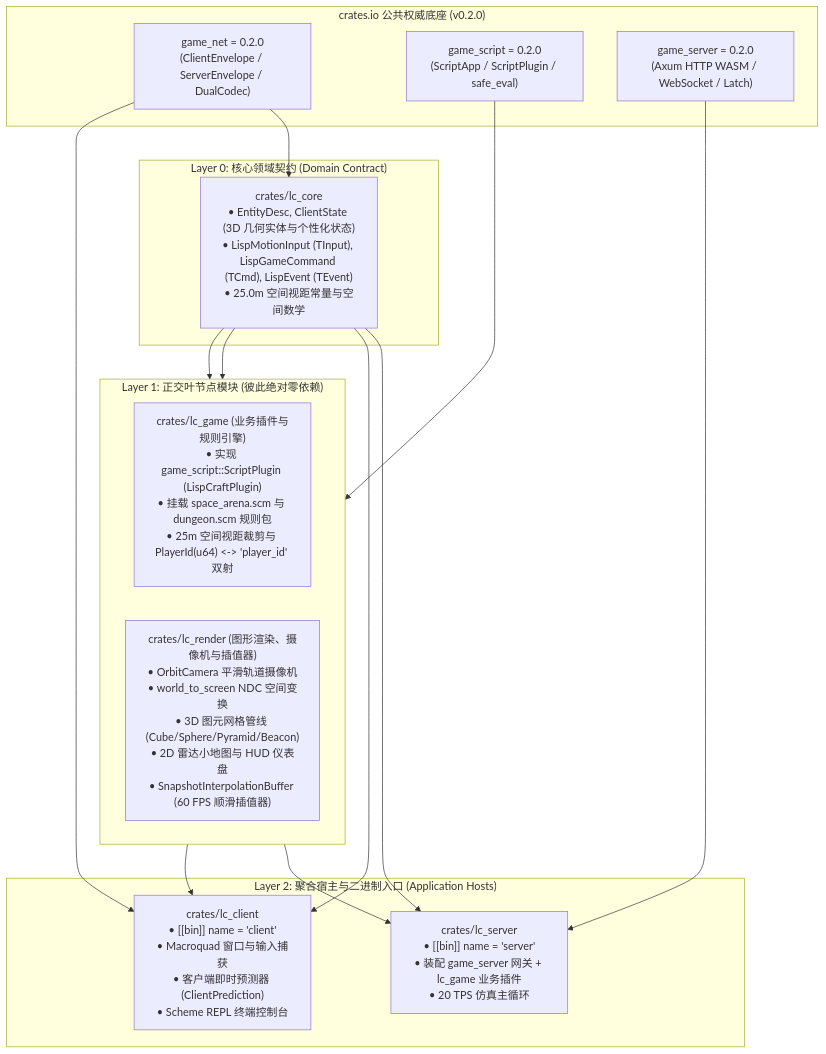
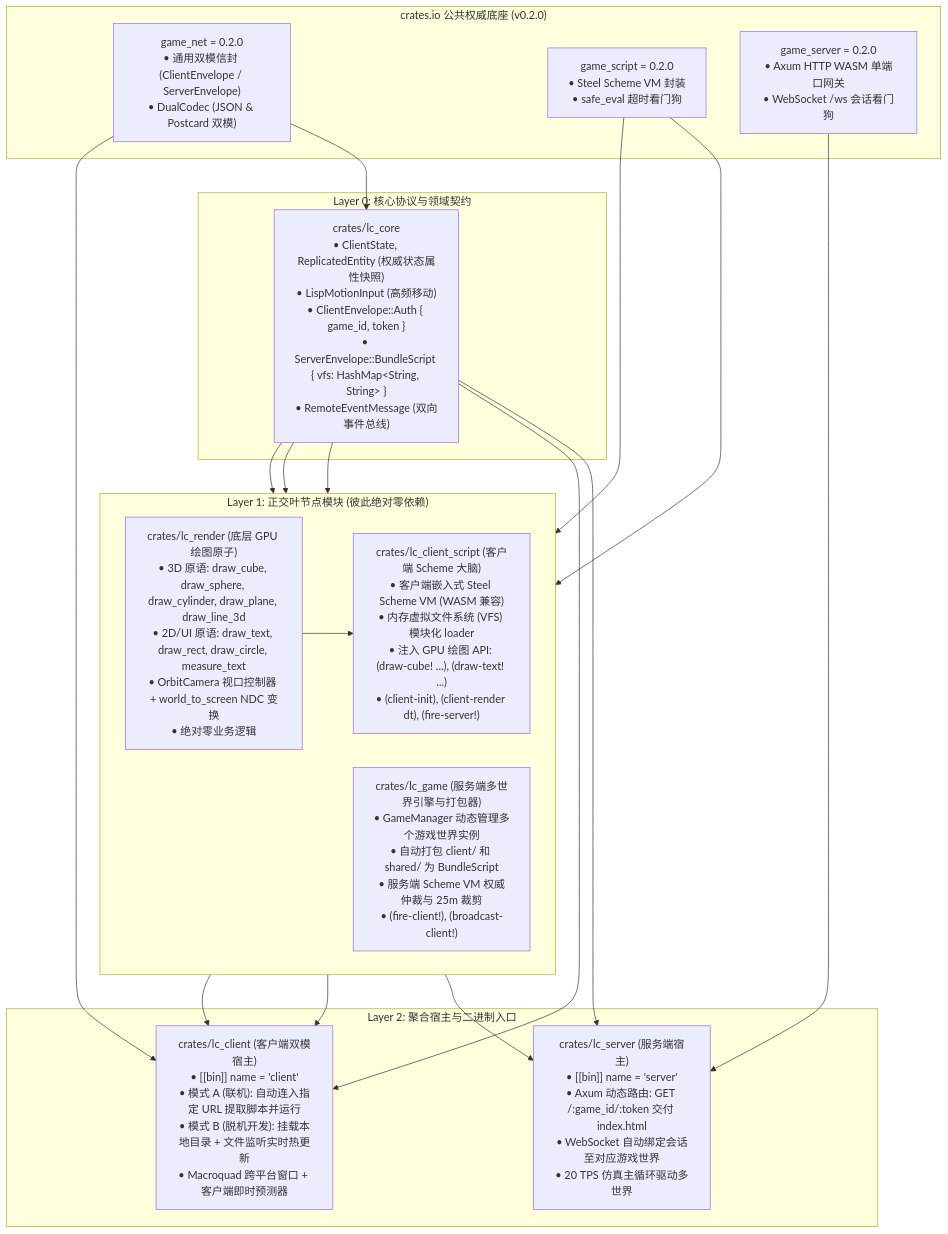
One commit to ouut/LispCraft changed the diagram in docs/REQUIREMENTS_DAG.md. Above: the diagram before and after it, drawn with Mermaid. The commit also changed other lines of this file and 38 other files, not shown here.

First line of the commit message:
feat(engine): complete Roblox-style dual-scheme platform architecture

````diff
--- a/docs/REQUIREMENTS_DAG.md
+++ b/docs/REQUIREMENTS_DAG.md
@@ -46,38 +62,46 @@
 ```mermaid
 flowchart TD
-    subgraph CratesIO["crates.io 公共权威底座 (v0.2.0)"]
-        game_net["game_net = 0.2.0<br/>(ClientEnvelope / ServerEnvelope / DualCodec)"]
-        game_script["game_script = 0.2.0<br/>(ScriptApp / ScriptPlugin / safe_eval)"]
-        game_server["game_server = 0.2.0<br/>(Axum HTTP WASM / WebSocket / Latch)"]
+    subgraph CommonBases["crates.io 公共权威底座 (v0.2.0)"]
+        game_net["game_net = 0.2.0<br/>• 通用双模信封 (ClientEnvelope / ServerEnvelope)<br/>• DualCodec (JSON &amp; Postcard 双模)"]
+        game_script["game_script = 0.2.0<br/>• Steel Scheme VM 封装<br/>• safe_eval 超时看门狗"]
+        game_server["game_server = 0.2.0<br/>• Axum HTTP WASM 单端口网关<br/>• WebSocket /ws 会话看门狗"]
     end
 
-    subgraph Layer0["Layer 0: 核心领域契约 (Domain Contract)"]
-        lc_core["crates/lc_core<br/>• EntityDesc, ClientState (3D 几何实体与个性化状态)<br/>• LispMotionInput (TInput), LispGameCommand (TCmd), LispEvent (TEvent)<br/>• 25.0m 空间视距常量与空间数学"]
+    subgraph Layer0["Layer 0: 核心协议与领域契约"]
+        lc_core["crates/lc_core<br/>• ClientState, ReplicatedEntity (权威状态属性快照)<br/>• LispMotionInput (高频移动)<br/>• ClientEnvelope::Auth { game_id, token }<br/>• ServerEnvelope::BundleScript { vfs: HashMap&lt;String, String&gt; }<br/>• RemoteEventMessage (双向事件总线)"]
     end
 
     subgraph Layer1["Layer 1: 正交叶节点模块 (彼此绝对零依赖)"]
         direction LR
-        lc_game["crates/lc_game (业务插件与规则引擎)<br/>• 实现 game_script::ScriptPlugin (LispCraftPlugin)<br/>• 挂载 space_arena.scm 与 dungeon.scm 规则包<br/>• 25m 空间视距裁剪与 PlayerId(u64) &lt;-&gt; 'player_id' 双射"]
-        lc_render["crates/lc_render (图形渲染、摄像机与插值器)<br/>• OrbitCamera 平滑轨道摄像机<br/>• world_to_screen NDC 空间变换<br/>• 3D 图元网格管线 (Cube/Sphere/Pyramid/Beacon)<br/>• 2D 雷达小地图与 HUD 仪表盘<br/>• SnapshotInterpolationBuffer (60 FPS 顺滑插值器)"]
+        lc_render["crates/lc_render (底层 GPU 绘图原子)<br/>• 3D 原语: draw_cube, draw_sphere, draw_cylinder, draw_plane, draw_line_3d<br/>• 2D/UI 原语: draw_text, draw_rect, draw_circle, measure_text<br/>• OrbitCamera 视口控制器 + world_to_screen NDC 变换<br/>• 绝对零业务逻辑"]
+
+        lc_client_script["crates/lc_client_script (客户端 Scheme 大脑)<br/>• 客户端嵌入式 Steel Scheme VM (WASM 兼容)<br/>• 内存虚拟文件系统 (VFS) 模块化 loader<br/>• 注入 GPU 绘图 API: (draw-cube! ...), (draw-text! ...)<br/>• (client-init), (client-render dt), (fire-server!)"]
+
+        lc_game["crates/lc_game (服务端多世界引擎与打包器)<br/>• GameManager 动态管理多个游戏世界实例<br/>• 自动打包 client/ 和 shared/ 为 BundleScript<br/>• 服务端 Scheme VM 权威仲裁与 25m 裁剪<br/>• (fire-client!), (broadcast-client!)"]
     end
 
-    subgraph Layer2["Layer 2: 聚合宿主与二进制入口 (Application Hosts)"]
-        lc_server["crates/lc_server<br/>• [[bin]] name = 'server'<br/>• 装配 game_server 网关 + lc_game 业务插件<br/>• 20 TPS 仿真主循环"]
-        lc_client["crates/lc_client<br/>• [[bin]] name = 'client'<br/>• Macroquad 窗口与输入捕获<br/>• 客户端即时预测器 (ClientPrediction)<br/>• Scheme REPL 终端控制台"]
+    subgraph Layer2["Layer 2: 聚合宿主与二进制入口"]
+        lc_server["crates/lc_server (服务端宿主)<br/>• [[bin]] name = 'server'<br/>• Axum 动态路由: GET /:game_id/:token 交付 index.html<br/>• WebSocket 自动绑定会话至对应游戏世界<br/>• 20 TPS 仿真主循环驱动多世界"]
+
+        lc_client["crates/lc_client (客户端双模宿主)<br/>• [[bin]] name = 'client'<br/>• 模式 A (联机): 自动连入指定 URL 提取脚本并运行<br/>• 模式 B (脱机开发): 挂载本地目录 + 文件监听实时热更新<br/>• Macroquad 跨平台窗口 + 客户端即时预测器"]
     end
 
     game_net --> lc_core
 
+    lc_core --> lc_render
+    lc_core --> lc_client_script
+    lc_render --> lc_client_script
+    game_script --> lc_client_script
+
     lc_core --> lc_game
     game_script --> lc_game
-
-    lc_core --> lc_render
 
     lc_core --> lc_server
     lc_game --> lc_server
     game_server --> lc_server
 
     lc_core --> lc_client
+    lc_client_script --> lc_client
     lc_render --> lc_client
     game_net --> lc_client
 ```
````
